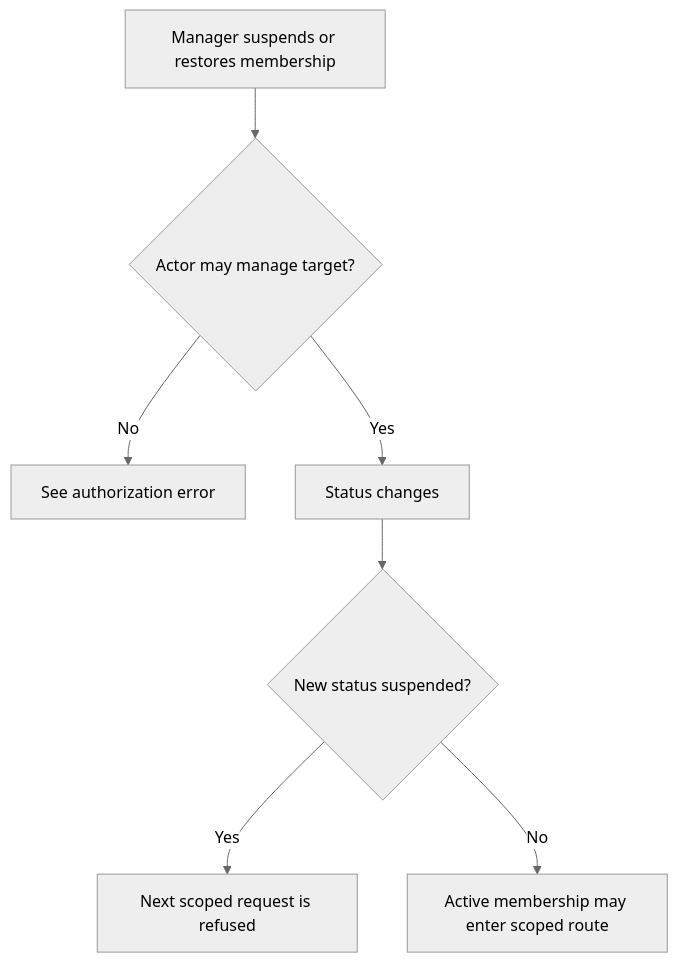
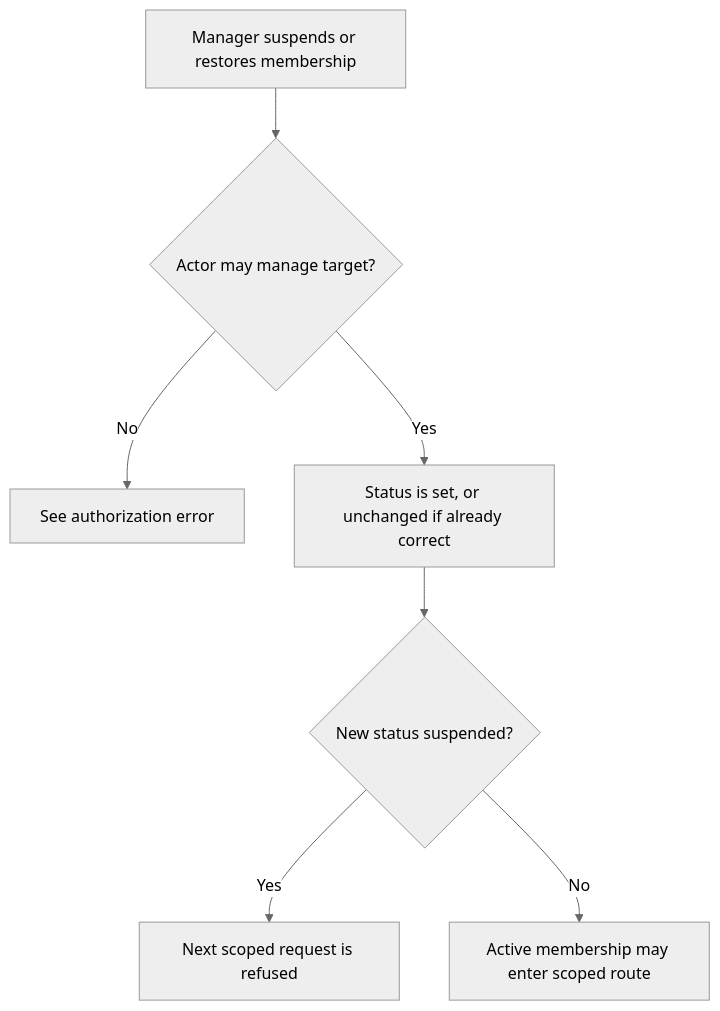
One commit to Kevinjohn/oss-adonisjs-access-control changed the first of 2 diagrams in user-stories/US-ACCESS-05-change-member-status.md. Above: the diagram before and after it, drawn with Mermaid (neutral theme). The commit also changed other lines of this file and 26 other files, not shown here.

Commit message:
docs: verify user story paths and Mermaid flows against implementation

````diff
--- a/user-stories/US-ACCESS-05-change-member-status.md
+++ b/user-stories/US-ACCESS-05-change-member-status.md
@@ -28,9 +28,9 @@
 ```mermaid
 flowchart TD
     A["Manager suspends or restores membership"] --> B{"Actor may manage target?"}
     B -->|No| C["See authorization error"]
-    B -->|Yes| D["Status changes"]
+    B -->|Yes| D["Status is set, or unchanged if already correct"]
     D --> E{"New status suspended?"}
     E -->|Yes| F["Next scoped request is refused"]
     E -->|No| G["Active membership may enter scoped route"]
 ```
````
